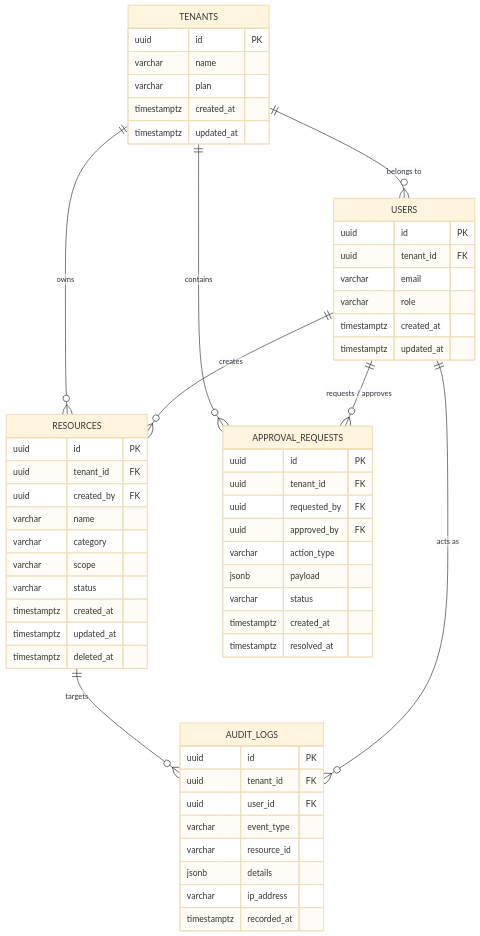
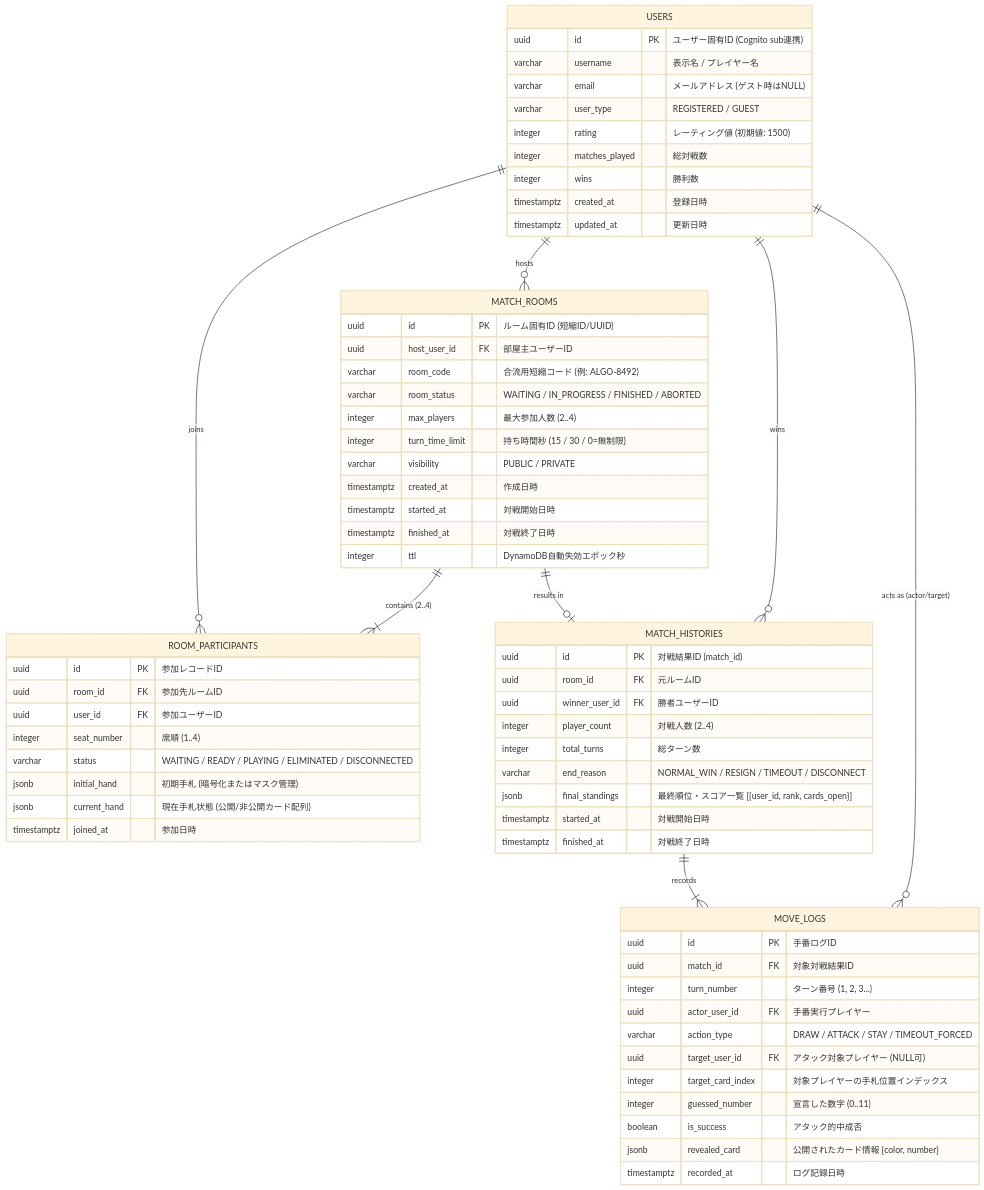
The diagram in docs/design/database/er-diagram.md (dandelion0016/algo), drawn with Mermaid (base theme) before and after one commit. The commit also changed other lines of this file and 23 other files, not shown here.

````diff
--- a/docs/design/database/er-diagram.md
+++ b/docs/design/database/er-diagram.md
@@ -16,63 +21,73 @@
 ```mermaid
 erDiagram
-    TENANTS ||--o{ USERS : "belongs to"
-    TENANTS ||--o{ RESOURCES : "owns"
-    TENANTS ||--o{ APPROVAL_REQUESTS : "contains"
-    USERS ||--o{ RESOURCES : "creates"
-    USERS ||--o{ APPROVAL_REQUESTS : "requests / approves"
-    RESOURCES ||--o{ AUDIT_LOGS : "targets"
-    USERS ||--o{ AUDIT_LOGS : "acts as"
+    USERS ||--o{ MATCH_ROOMS : "hosts"
+    USERS ||--o{ ROOM_PARTICIPANTS : "joins"
+    MATCH_ROOMS ||--|{ ROOM_PARTICIPANTS : "contains (2..4)"
+    MATCH_ROOMS ||--o| MATCH_HISTORIES : "results in"
+    USERS ||--o{ MATCH_HISTORIES : "wins"
+    MATCH_HISTORIES ||--|{ MOVE_LOGS : "records"
+    USERS ||--o{ MOVE_LOGS : "acts as (actor/target)"
 
-    TENANTS {
-        uuid id PK
-        varchar name
-        varchar plan
-        timestamptz created_at
-        timestamptz updated_at
+    USERS {
+        uuid id PK "ユーザー固有ID (Cognito sub連携)"
+        varchar username "表示名 / プレイヤー名"
+        varchar email "メールアドレス (ゲスト時はNULL)"
+        varchar user_type "REGISTERED / GUEST"
+        integer rating "レーティング値 (初期値: 1500)"
+        integer matches_played "総対戦数"
+        integer wins "勝利数"
+        timestamptz created_at "登録日時"
+        timestamptz updated_at "更新日時"
     }
 
-    USERS {
-        uuid id PK
-        uuid tenant_id FK
-        varchar email
-        varchar role
-        timestamptz created_at
-        timestamptz updated_at
+    MATCH_ROOMS {
+        uuid id PK "ルーム固有ID (短縮ID/UUID)"
+        uuid host_user_id FK "部屋主ユーザーID"
+        varchar room_code "合流用短縮コード (例: ALGO-8492)"
+        varchar room_status "WAITING / IN_PROGRESS / FINISHED / ABORTED"
+        integer max_players "最大参加人数 (2..4)"
+        integer turn_time_limit "持ち時間秒 (15 / 30 / 0=無制限)"
+        varchar visibility "PUBLIC / PRIVATE"
+        timestamptz created_at "作成日時"
+        timestamptz started_at "対戦開始日時"
+        timestamptz finished_at "対戦終了日時"
+        integer ttl "DynamoDB自動失効エポック秒"
     }
 
-    RESOURCES {
-        uuid id PK
-        uuid tenant_id FK
-        uuid created_by FK
-        varchar name
-        varchar category
-        varchar scope
-        varchar status
-        timestamptz created_at
-        timestamptz updated_at
-        timestamptz deleted_at
+    ROOM_PARTICIPANTS {
+        uuid id PK "参加レコードID"
+        uuid room_id FK "参加先ルームID"
+        uuid user_id FK "参加ユーザーID"
+        integer seat_number "席順 (1..4)"
+        varchar status "WAITING / READY / PLAYING / ELIMINATED / DISCONNECTED"
+        jsonb initial_hand "初期手札 (暗号化またはマスク管理)"
+        jsonb current_hand "現在手札状態 (公開/非公開カード配列)"
+        timestamptz joined_at "参加日時"
     }
 
-    APPROVAL_REQUESTS {
-        uuid id PK
-        uuid tenant_id FK
-        uuid requested_by FK
-        uuid approved_by FK
-        varchar action_type
-        jsonb payload
-        varchar status
-        timestamptz created_at
-        timestamptz resolved_at
+    MATCH_HISTORIES {
+        uuid id PK "対戦結果ID (match_id)"
+        uuid room_id FK "元ルームID"
+        uuid winner_user_id FK "勝者ユーザーID"
+        integer player_count "対戦人数 (2..4)"
+        integer total_turns "総ターン数"
+        varchar end_reason "NORMAL_WIN / RESIGN / TIMEOUT / DISCONNECT"
+        jsonb final_standings "最終順位・スコア一覧 [{user_id, rank, cards_open}]"
+        timestamptz started_at "対戦開始日時"
+        timestamptz finished_at "対戦終了日時"
     }
 
-    AUDIT_LOGS {
-        uuid id PK
-        uuid tenant_id FK
-        uuid user_id FK
-        varchar event_type
-        varchar resource_id
-        jsonb details
-        varchar ip_address
-        timestamptz recorded_at
+    MOVE_LOGS {
+        uuid id PK "手番ログID"
+        uuid match_id FK "対象対戦結果ID"
+        integer turn_number "ターン番号 (1, 2, 3...)"
+        uuid actor_user_id FK "手番実行プレイヤー"
+        varchar action_type "DRAW / ATTACK / STAY / TIMEOUT_FORCED"
+        uuid target_user_id FK "アタック対象プレイヤー (NULL可)"
+        integer target_card_index "対象プレイヤーの手札位置インデックス"
+        integer guessed_number "宣言した数字 (0..11)"
+        boolean is_success "アタック的中成否"
+        jsonb revealed_card "公開されたカード情報 {color, number}"
+        timestamptz recorded_at "ログ記録日時"
     }
 ```
````
